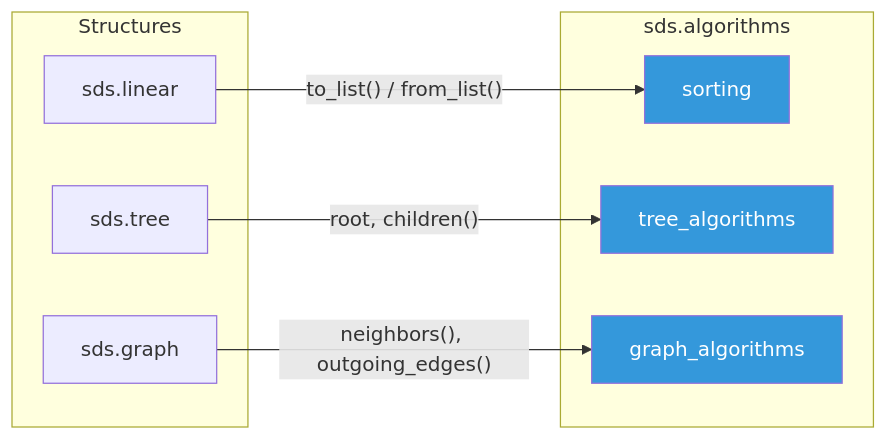
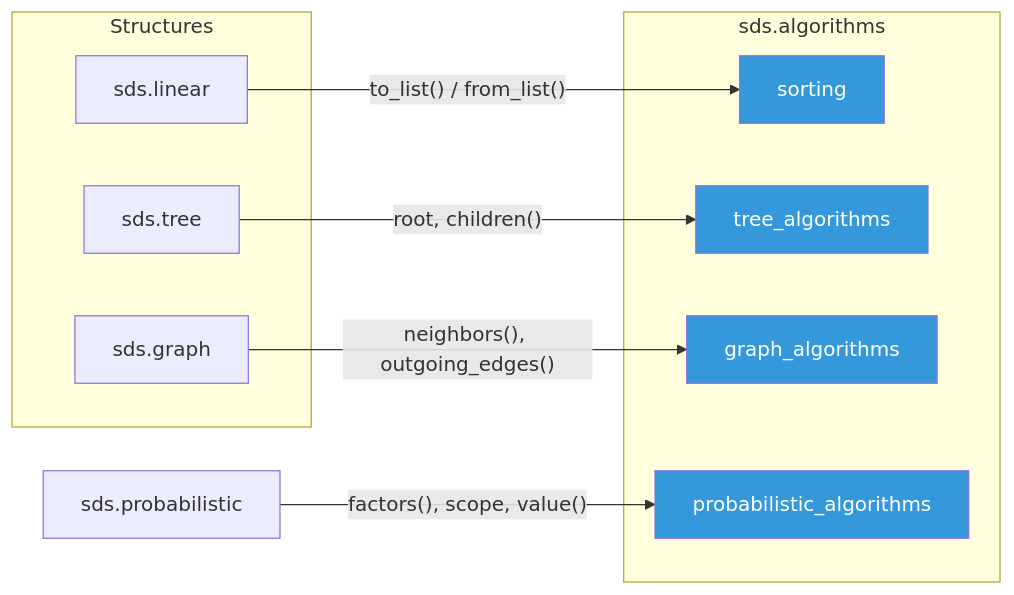
One commit to skyfrigate/sds changed the diagram in docs/source/api/algorithms/index.rst. Above: the diagram before and after it, drawn with Mermaid. The commit also changed other lines of this file and 1 other file, not shown here.

First line of the commit message:
docs(algorithms): add API page for probabilistic  inference

```diff
--- a/docs/source/api/algorithms/index.rst
+++ b/docs/source/api/algorithms/index.rst
@@ -30,22 +30,25 @@
 .. mermaid::
 
    graph LR
        subgraph "Structures"
        L[sds.linear]
        T[sds.tree]
        G[sds.graph]
        end
 
        subgraph "sds.algorithms"
        S[sorting]
        TA[tree_algorithms]
        GA[graph_algorithms]
+       PA[probabilistic_algorithms]
        end
 
        L -- "to_list() / from_list()" --> S
        T -- "root, children()" --> TA
        G -- "neighbors(), outgoing_edges()" --> GA
+       P[sds.probabilistic] -- "factors(), scope, value()" --> PA
 
        style S fill:#3498db,color:#fff
        style TA fill:#3498db,color:#fff
        style GA fill:#3498db,color:#fff
+       style PA fill:#3498db,color:#fff
```
